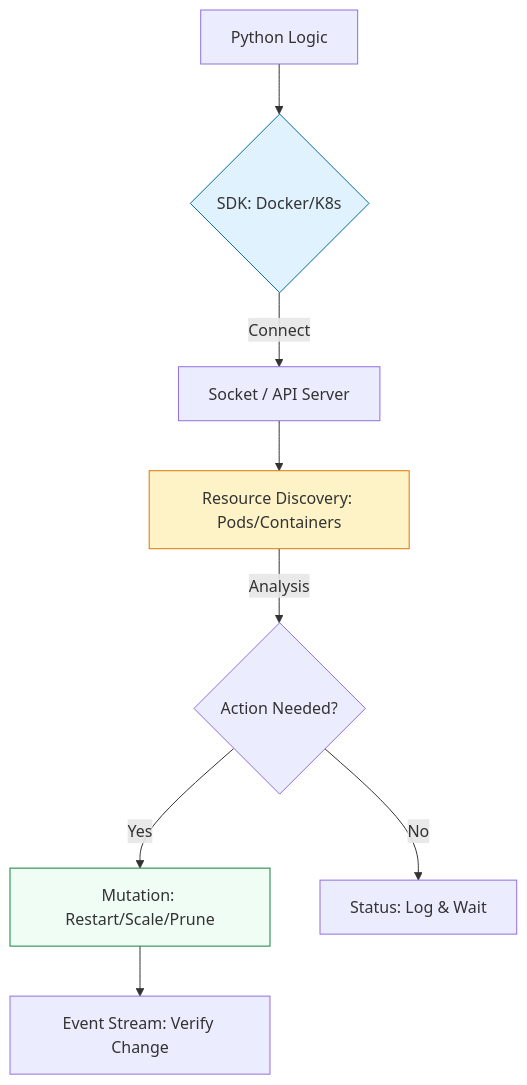
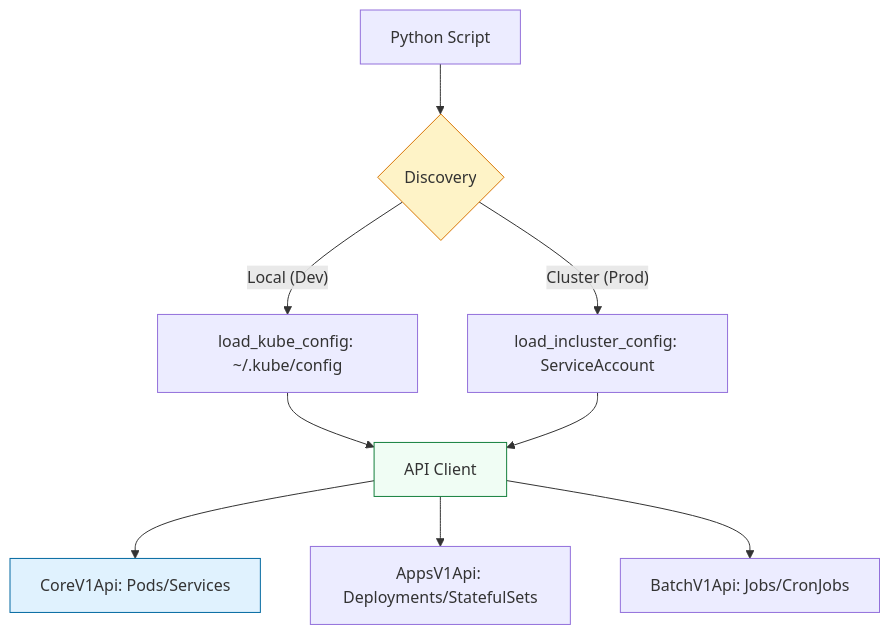
The diagram in 2-Intermediate/02-Phase-2/01-Infrastructure-Automation/01-Scripting-Automation/02-Python-for-Infrastructure/11-Docker-and-Kubernetes-SDKs/README.md (Ganil151/Devops), drawn with Mermaid before and after one commit. The commit also changed other lines of this file and 1176 other files, not shown here.

````diff
--- a/2-Intermediate/02-Phase-2/01-Infrastructure-Automation/01-Scripting-Automation/02-Python-for-Infrastructure/11-Docker-and-Kubernetes-SDKs/README.md
+++ b/2-Intermediate/02-Phase-2/01-Infrastructure-Automation/01-Scripting-Automation/02-Python-for-Infrastructure/11-Docker-and-Kubernetes-SDKs/README.md
@@ -13,14 +33,14 @@
 ```mermaid
 graph TD
-    A[Python Logic] --> B{SDK: Docker/K8s}
-    B -- Connect --> C[Socket / API Server]
-    C --> D[Resource Discovery: Pods/Containers]
-    D -- Analysis --> E{Action Needed?}
-    E -- Yes --> F[Mutation: Restart/Scale/Prune]
-    E -- No --> G[Status: Log & Wait]
-    F --> H[Event Stream: Verify Change]
+    A[Python Script] --> B{Discovery}
+    B -- Local (Dev) --> C[load_kube_config: ~/.kube/config]
+    B -- Cluster (Prod) --> D[load_incluster_config: ServiceAccount]
+    C & D --> E[API Client]
+    E --> F[CoreV1Api: Pods/Services]
+    E --> G[AppsV1Api: Deployments/StatefulSets]
+    E --> H[BatchV1Api: Jobs/CronJobs]
     
-    style B fill:#e0f2fe,stroke:#0369a1
-    style D fill:#fef3c7,stroke:#d97706
-    style F fill:#f0fdf4,stroke:#15803d
+    style B fill:#fef3c7,stroke:#d97706
+    style E fill:#f0fdf4,stroke:#15803d
+    style F fill:#e0f2fe,stroke:#0369a1
 ```
````
